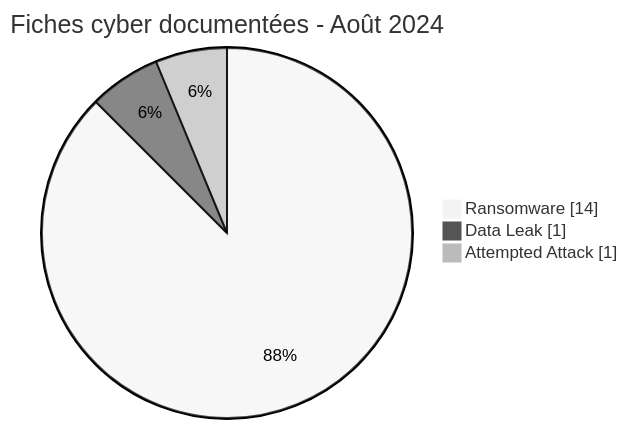
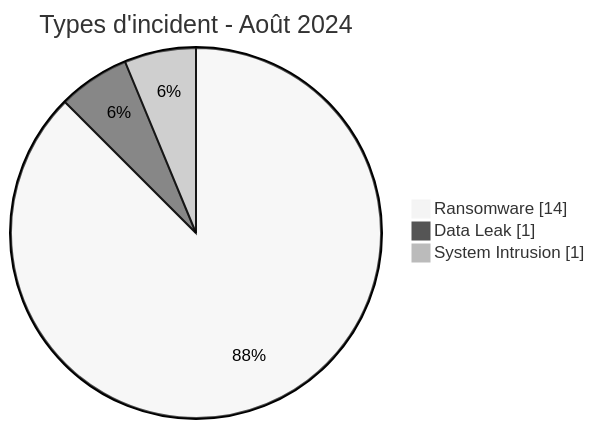
Before and after one commit to Hatchepsoute/AFRINTEL: the first of 2 diagrams in CyberAttackAfrica/2024/08-august/README_FR.md, drawn with Mermaid (neutral theme). The commit also changed other lines of this file and 66 other files, not shown here.

````diff
--- a/CyberAttackAfrica/2024/08-august/README_FR.md
+++ b/CyberAttackAfrica/2024/08-august/README_FR.md
@@ -58,7 +53,7 @@
 ```mermaid
 pie showData
-    title Fiches cyber documentées - Août 2024
+    title Types d'incident - Août 2024
     "Ransomware" : 14
     "Data Leak" : 1
-    "Attempted Attack" : 1
+    "System Intrusion" : 1
 ```
````
